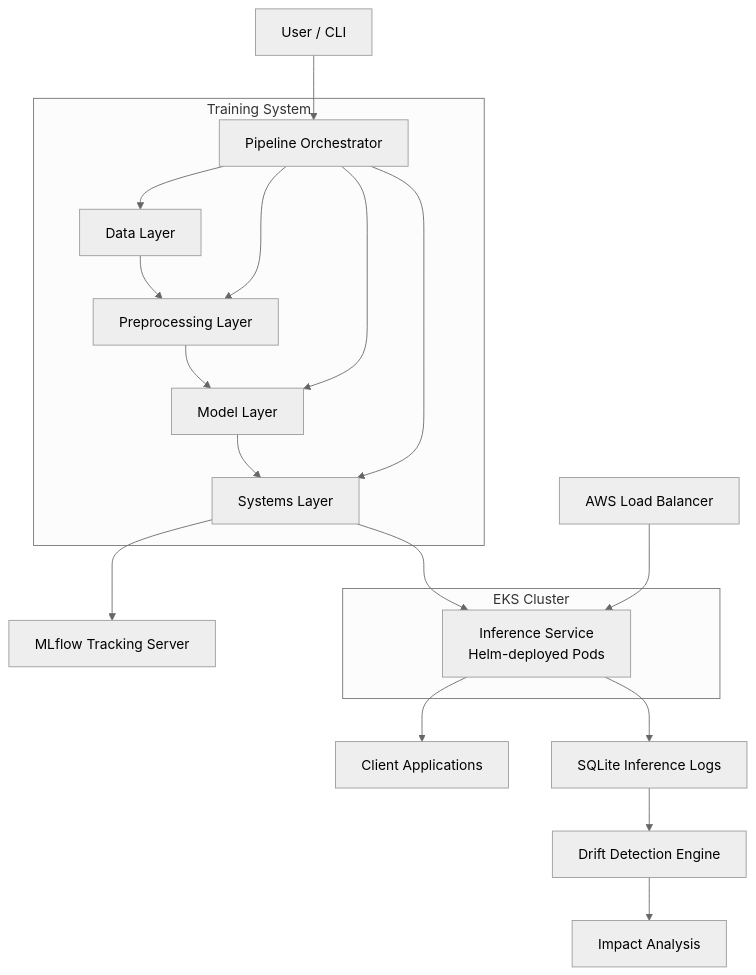
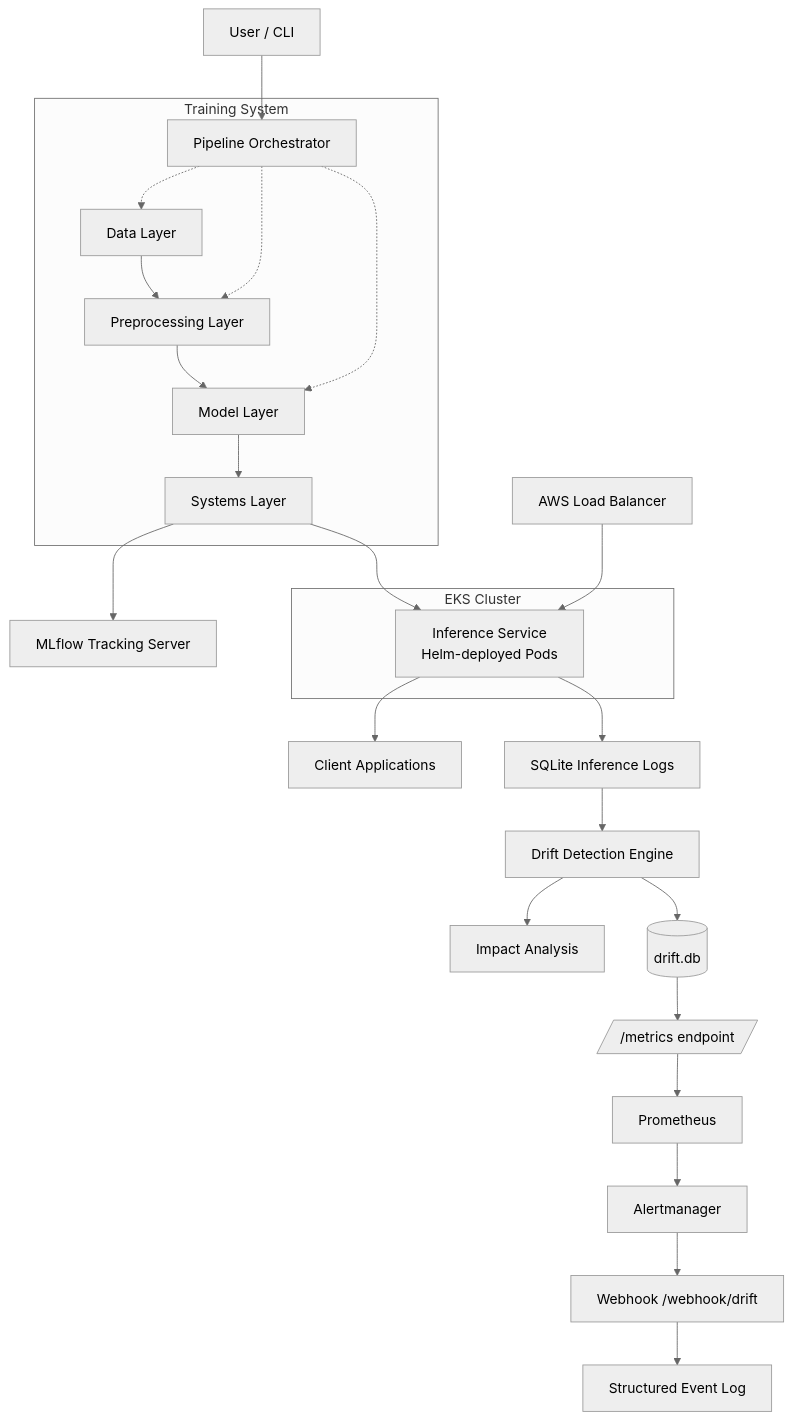
Before and after one commit to sharjeel6392/asie: the first of 7 diagrams in README.md, drawn with Mermaid. The commit also changed other lines of this file, not shown here.

````diff
--- a/README.md
+++ b/README.md
@@ -35,34 +36,43 @@
 ```mermaid
 %%{init: {'theme': 'neutral'}}%%
 flowchart TD
-    User_CLI[User / CLI] --> Orchestrator[Pipeline Orchestrator]
-    Orchestrator --> DataLayer[Data Layer]
-    Orchestrator --> PreprocessingLayer[Preprocessing Layer]
-    Orchestrator --> ModelLayer[Model Layer]
-    Orchestrator --> SystemsLayer[Systems Layer]
- 
-    DataLayer --> PreprocessingLayer
-    PreprocessingLayer --> ModelLayer
-    ModelLayer --> SystemsLayer
+    User_CLI[User / CLI] --> Orchestrator
+
+    subgraph Training_System [Training System]
+        Orchestrator[Pipeline Orchestrator]
+        DataLayer[Data Layer]
+        PreprocessingLayer[Preprocessing Layer]
+        ModelLayer[Model Layer]
+        SystemsLayer[Systems Layer]
+        
+        %% Defining the linear flow
+        DataLayer --> PreprocessingLayer --> ModelLayer --> SystemsLayer
+    end
+
+    %% Control lines from Orchestrator
+    Orchestrator -.-> DataLayer
+    Orchestrator -.-> PreprocessingLayer
+    Orchestrator -.-> ModelLayer
+    
     SystemsLayer --> MLflow[MLflow Tracking Server]
- 
-    subgraph Training System
-        Orchestrator
-        DataLayer
-        PreprocessingLayer
-        ModelLayer
-        SystemsLayer
-    end
- 
     SystemsLayer --> ServingSystem
- 
+
     subgraph EKS [EKS Cluster]
         ServingSystem[Inference Service<br/>Helm-deployed Pods]
     end
- 
+
     ELB[AWS Load Balancer] --> ServingSystem
     ServingSystem --> Client[Client Applications]
     ServingSystem --> SQLiteLogs[SQLite Inference Logs]
+    
     SQLiteLogs --> DriftEngine[Drift Detection Engine]
     DriftEngine --> ImpactAnalysis[Impact Analysis]
+    DriftEngine --> DriftDB[(drift.db)]
+    
+    %% Fixed syntax here
+    DriftDB --> MetricsEndpoint[/ "/metrics endpoint" /]
+    MetricsEndpoint --> Prometheus[Prometheus]
+    Prometheus --> Alertmanager[Alertmanager]
+    Alertmanager --> Webhook[Webhook /webhook/drift]
+    Webhook --> EventLog[Structured Event Log]
 ```
````
